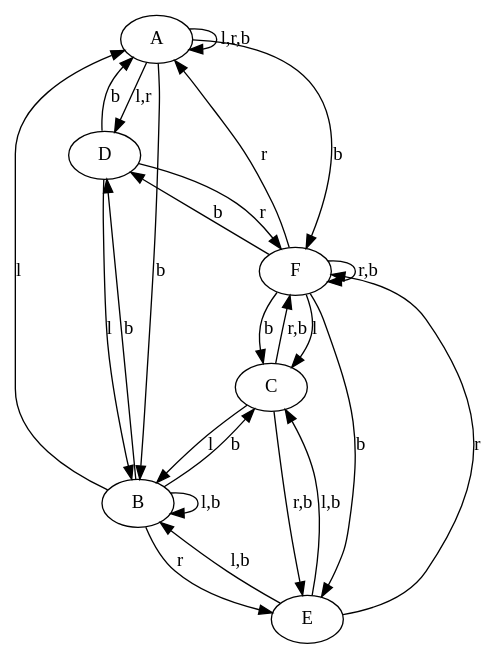
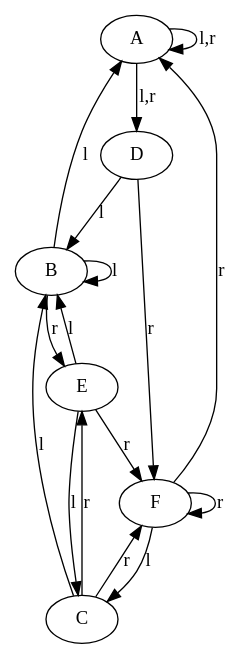
Before and after one commit to mhhf/p2p_ue2: the diagram in 20b.dot, drawn with Graphviz.

Commit message:
remove back

```diff
--- a/20b.dot
+++ b/20b.dot
@@ -1,26 +1,18 @@
 digraph A{
-  A -> A [label="l,r,b"];
+  A -> A [label="l,r"];
   A -> D [label="l,r"];
-  A -> B [label=b];
-  A -> F [label=b];
   B -> A [label=l];
-  B -> B [label="l,b"];
+  B -> B [label="l"];
   B -> E [label=r];
-  B -> C [label=b];
-  B -> D [label=b];
   C -> B [label=l];
-  C -> F [label="r,b"];
-  C -> E [label="r,b"];
+  C -> F [label="r"];
+  C -> E [label="r"];
   D -> B [label=l];
   D -> F [label=r];
-  D -> A [label=b];
-  E -> B [label="l,b"];
-  E -> C [label="l,b"];
+  E -> B [label="l"];
+  E -> C [label="l"];
   E -> F [label=r];
   F -> C [label=l];
-  F -> F [label="r,b"];
+  F -> F [label="r"];
   F -> A [label=r];
-  F -> C [label=b];
-  F -> D [label=b];
-  F -> E [label=b];
 }
```
